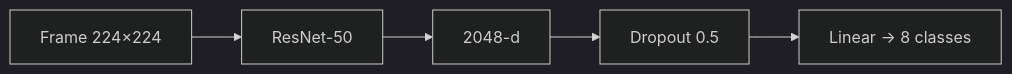
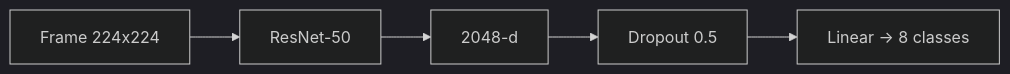
The eighth of 23 diagrams in README.md (Abdo-Gamal/volleyball_project), drawn with Mermaid (dark theme) before and after one commit.

````diff
--- a/README.md
+++ b/README.md
@@ -454,4 +454,13 @@
 ```mermaid
 flowchart LR
-    A["Frame 224×224"] --> B["ResNet-50"] --> C["2048-d"] --> D["Dropout 0.5"] --> E["Linear → 8 classes"]
+    A["Frame 224x224"]
+    B["ResNet-50"]
+    C["2048-d"]
+    D["Dropout 0.5"]
+    E["Linear -> 8 classes"]
+    
+    A --> B
+    B --> C
+    C --> D
+    D --> E
 ```
````
